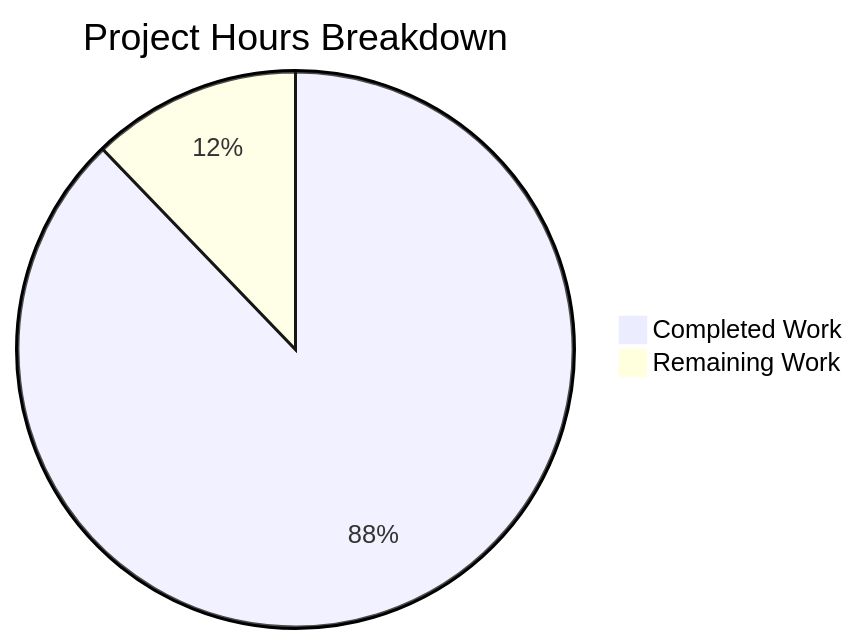
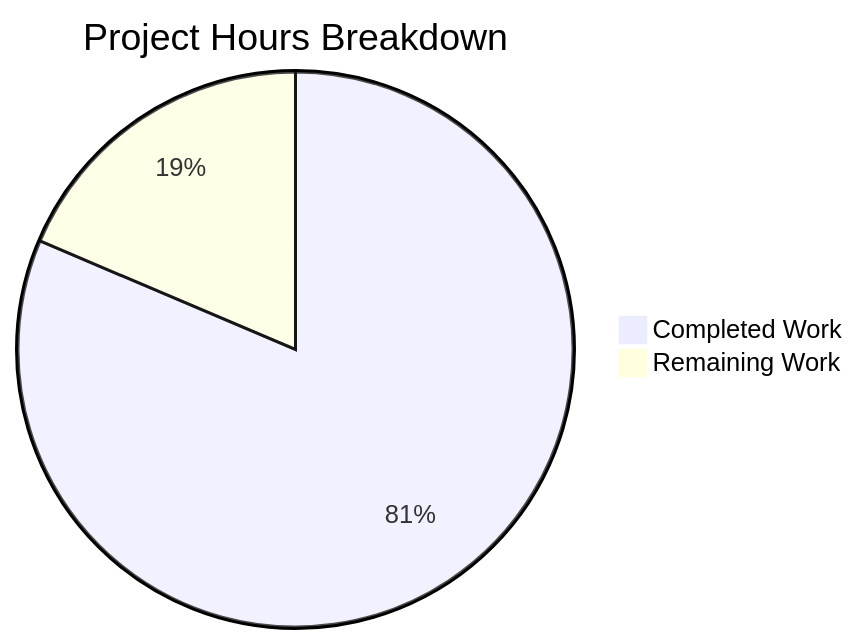
The second of 2 diagrams in blitzy/documentation/Project Guide.md (Blitzy-Sandbox/blitzy-RudderStack), drawn with Mermaid before and after one commit. The commit also changed other lines of this file, not shown here.

Commit message:
Adding Blitzy Project Guide: Project Status and Human Tasks Remaining

````diff
--- a/blitzy/documentation/Project Guide.md
+++ b/blitzy/documentation/Project Guide.md
@@ -194,5 +214,5 @@
 ```mermaid
 pie title Project Hours Breakdown
-    "Completed Work" : 108
-    "Remaining Work" : 15
+    "Completed Work" : 105
+    "Remaining Work" : 24
 ```
````
